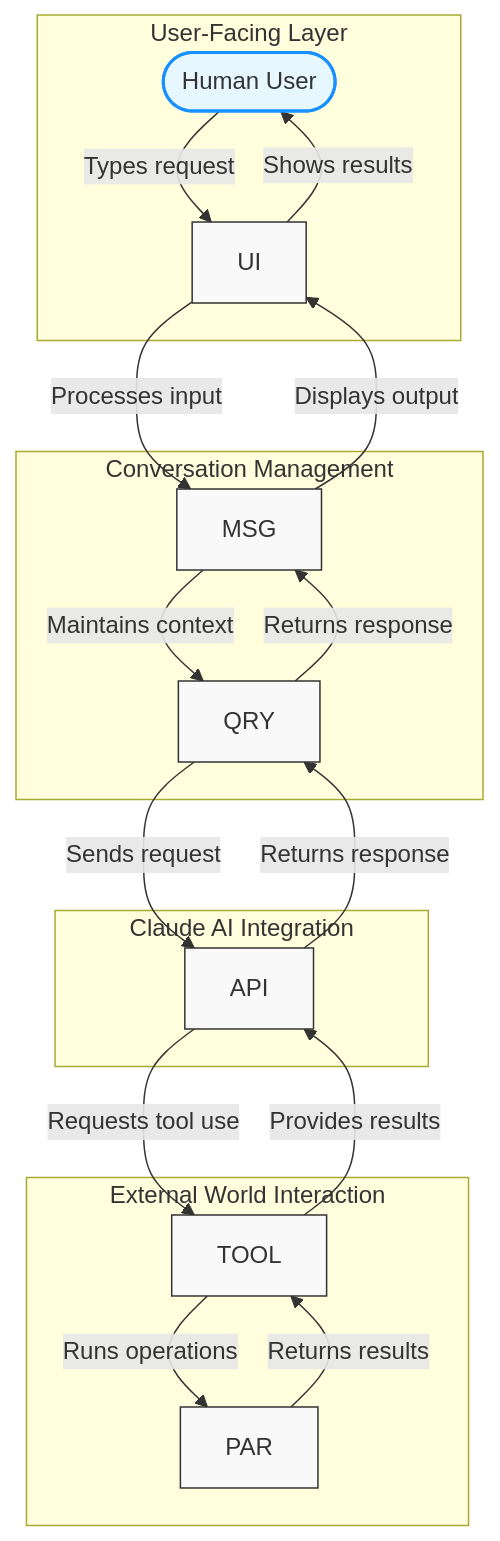
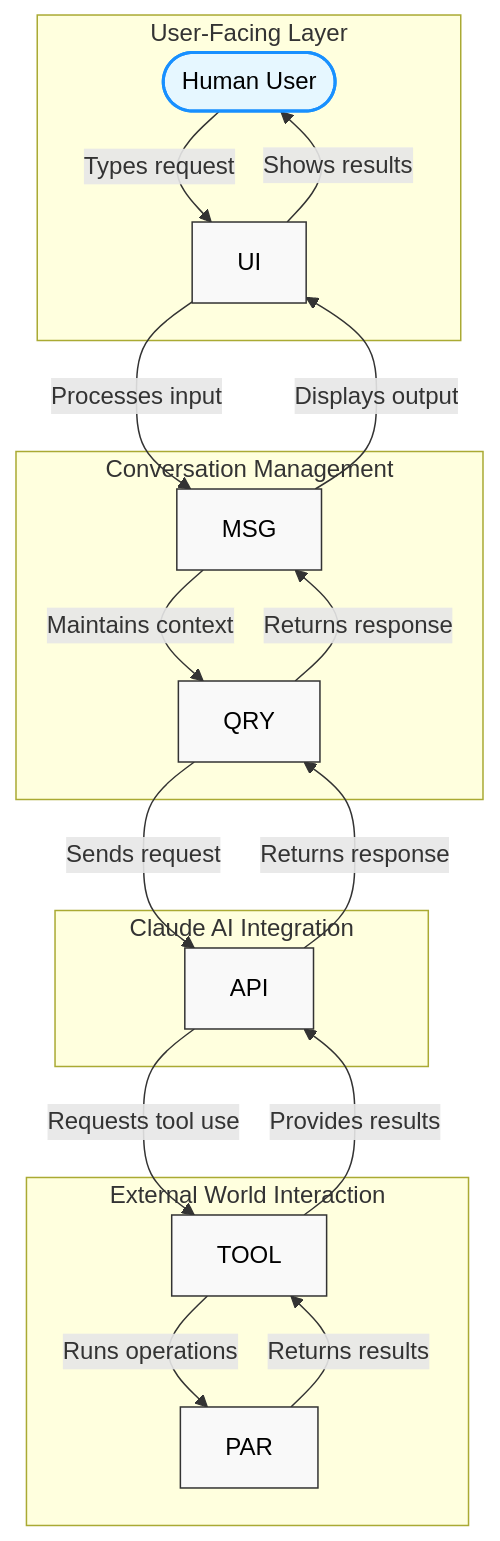
One commit to Szermer/QED changed the eighth of 8 diagrams in src/system-architecture-diagram.md. Above: the diagram before and after it, drawn with Mermaid. The commit also changed other lines of this file and 4 other files, not shown here.

Commit message:
style: improving readability in darkmode of some mermaid diagrams

````diff
--- a/src/system-architecture-diagram.md
+++ b/src/system-architecture-diagram.md
@@ -233,32 +233,32 @@
 ```mermaid
 flowchart TB
     User([Human User]) -->|Types request| UI
     
     subgraph "User-Facing Layer"
         UI -->|Shows results| User
     end
     
     subgraph "Conversation Management"
         UI -->|Processes input| MSG
         MSG -->|Maintains context| QRY
         QRY -->|Returns response| MSG
         MSG -->|Displays output| UI
     end
     
     subgraph "Claude AI Integration"
         QRY -->|Sends request| API
         API -->|Returns response| QRY
     end
     
     subgraph "External World Interaction"
         API -->|Requests tool use| TOOL
         TOOL -->|Runs operations| PAR
         PAR -->|Returns results| TOOL
         TOOL -->|Provides results| API
     end
     
-    classDef system fill:#f9f9f9,stroke:#333333
-    classDef external fill:#e6f7ff,stroke:#1890ff,stroke-width:2px
+    classDef system fill:#f9f9f9,stroke:#333333,color:#000000
+    classDef external fill:#e6f7ff,stroke:#1890ff,stroke-width:2px,color:#000000
     class UI,MSG,QRY,API,TOOL,PAR system
     class User external
 ```
````
